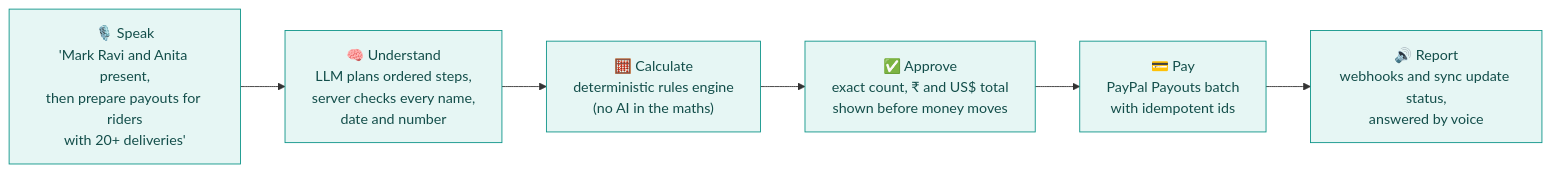
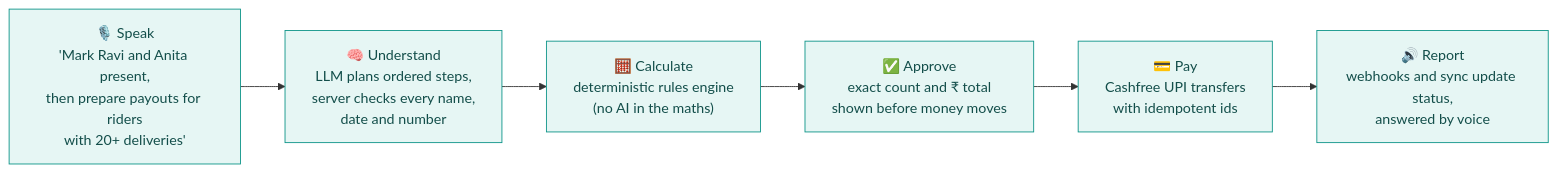
One commit to Agnik47/BolPay changed the second of 8 diagrams in README.md. Above: the diagram before and after it, drawn with Mermaid. The commit also changed other lines of this file and 63 other files, not shown here.

````diff
--- a/README.md
+++ b/README.md
@@ -74,11 +74,11 @@
 ```mermaid
 flowchart LR
     S["🎙️ Speak<br/>'Mark Ravi and Anita present,<br/>then prepare payouts for riders<br/>with 20+ deliveries'"] --> U["🧠 Understand<br/>LLM plans ordered steps,<br/>server checks every name,<br/>date and number"]
     U --> C["🧮 Calculate<br/>deterministic rules engine<br/>(no AI in the maths)"]
-    C --> A["✅ Approve<br/>exact count, ₹ and US$ total<br/>shown before money moves"]
-    A --> P["💳 Pay<br/>PayPal Payouts batch<br/>with idempotent ids"]
+    C --> A["✅ Approve<br/>exact count and ₹ total<br/>shown before money moves"]
+    A --> P["💳 Pay<br/>Cashfree UPI transfers<br/>with idempotent ids"]
     P --> R["🔊 Report<br/>webhooks and sync update status,<br/>answered by voice"]
 
     classDef step fill:#e6f6f4,stroke:#0d9488,color:#134e4a
     class S,U,C,A,P,R step
 ```
````
